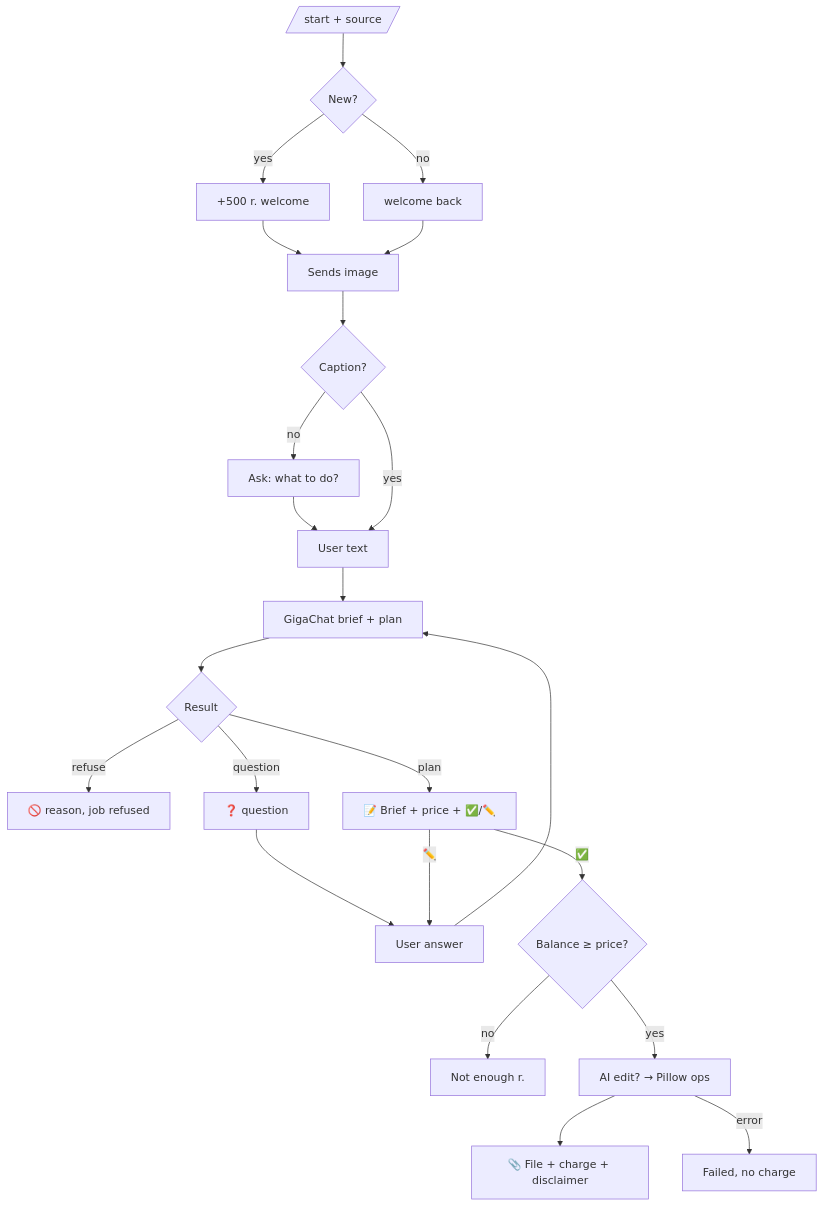
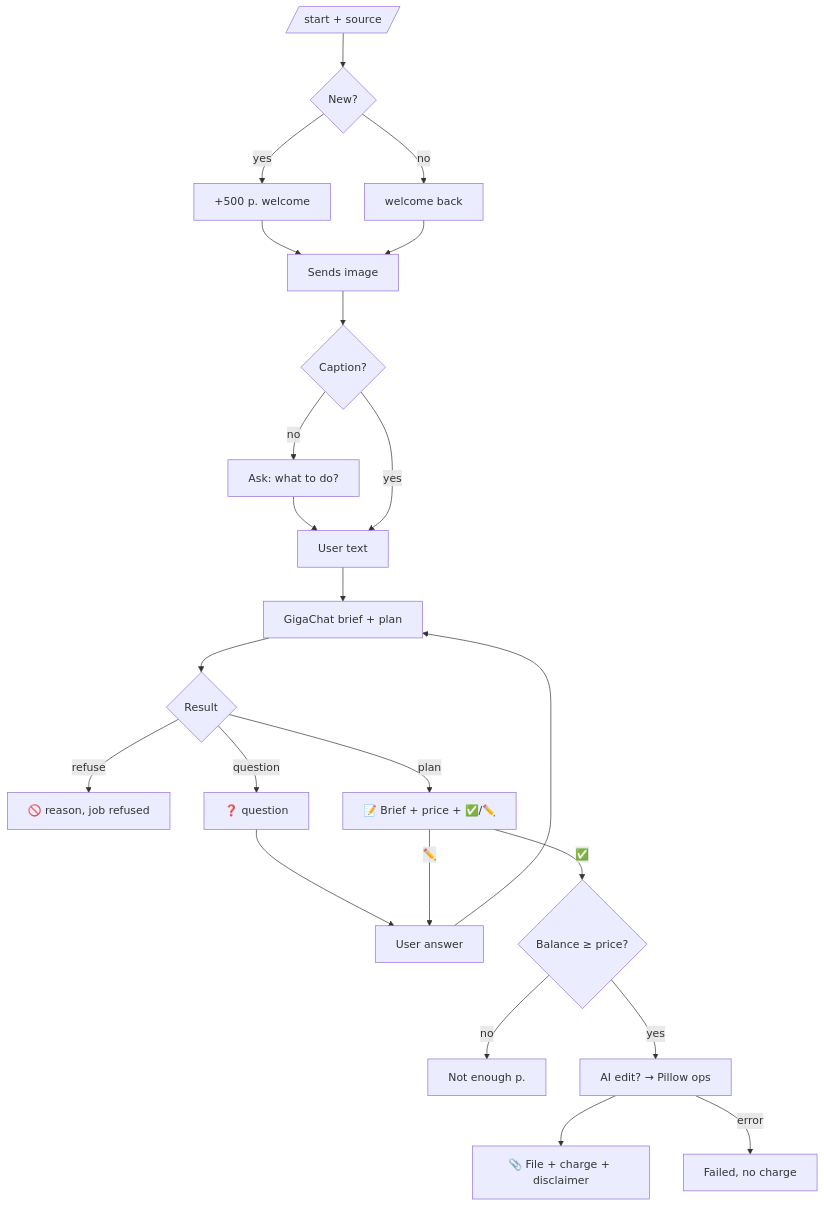
One commit to FelixNamba/imgrsz changed the diagram in AI/PRODUCT.md. Above: the diagram before and after it, drawn with Mermaid. The commit also changed other lines of this file and 17 other files, not shown here.

````diff
--- a/AI/PRODUCT.md
+++ b/AI/PRODUCT.md
@@ -6,20 +6,20 @@
 ```mermaid
 flowchart TD
   S[/start + source/] --> B{New?}
-  B -- yes --> W[+500 r. welcome]
+  B -- yes --> W[+500 р. welcome]
   B -- no --> H[welcome back]
   W & H --> I[Sends image]
   I --> C{Caption?}
   C -- no --> Q[Ask: what to do?] --> T[User text]
   C -- yes --> T
   T --> L[GigaChat brief + plan]
   L --> R{Result}
   R -- refuse --> X[🚫 reason, job refused]
   R -- question --> Q2[❓ question] --> E[User answer] --> L
   R -- plan --> BR[📝 Brief + price + ✅/✏️]
   BR -- ✏️ --> E
   BR -- ✅ --> M{Balance ≥ price?}
-  M -- no --> N[Not enough r.]
+  M -- no --> N[Not enough р.]
   M -- yes --> P[AI edit? → Pillow ops] --> D[📎 File + charge + disclaimer]
   P -- error --> F[Failed, no charge]
 ```
````
